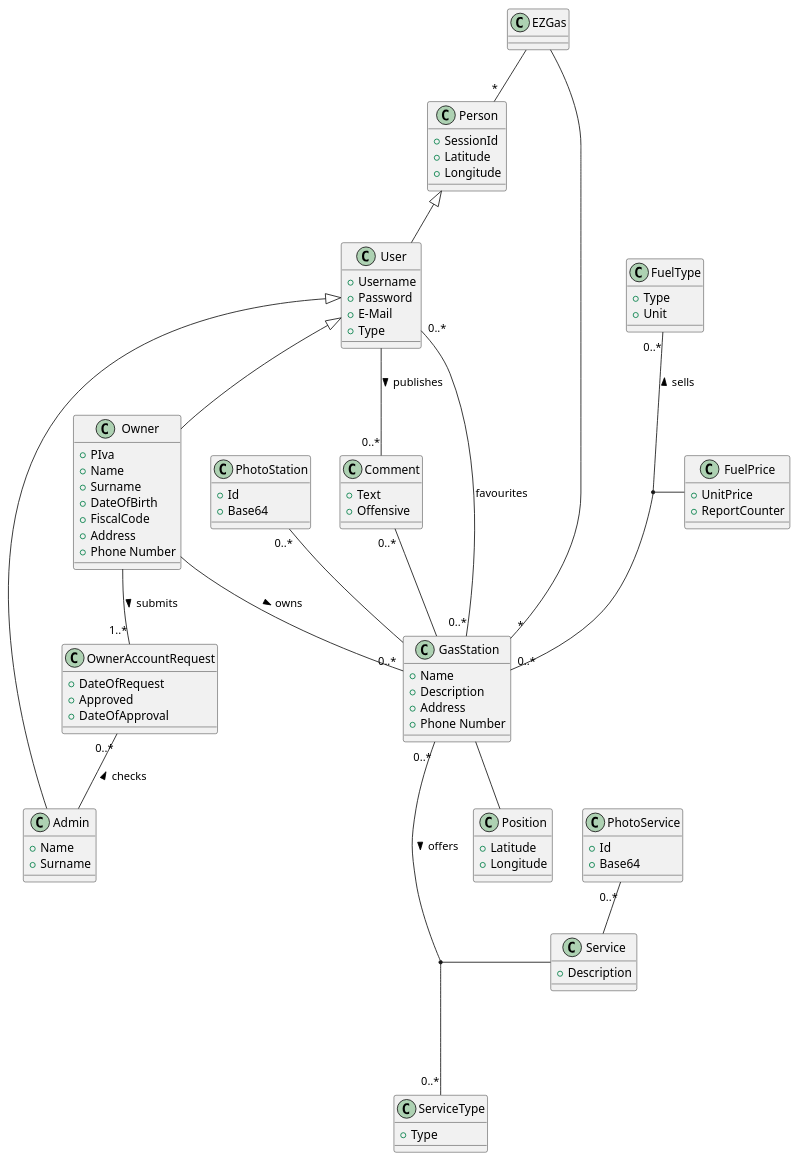
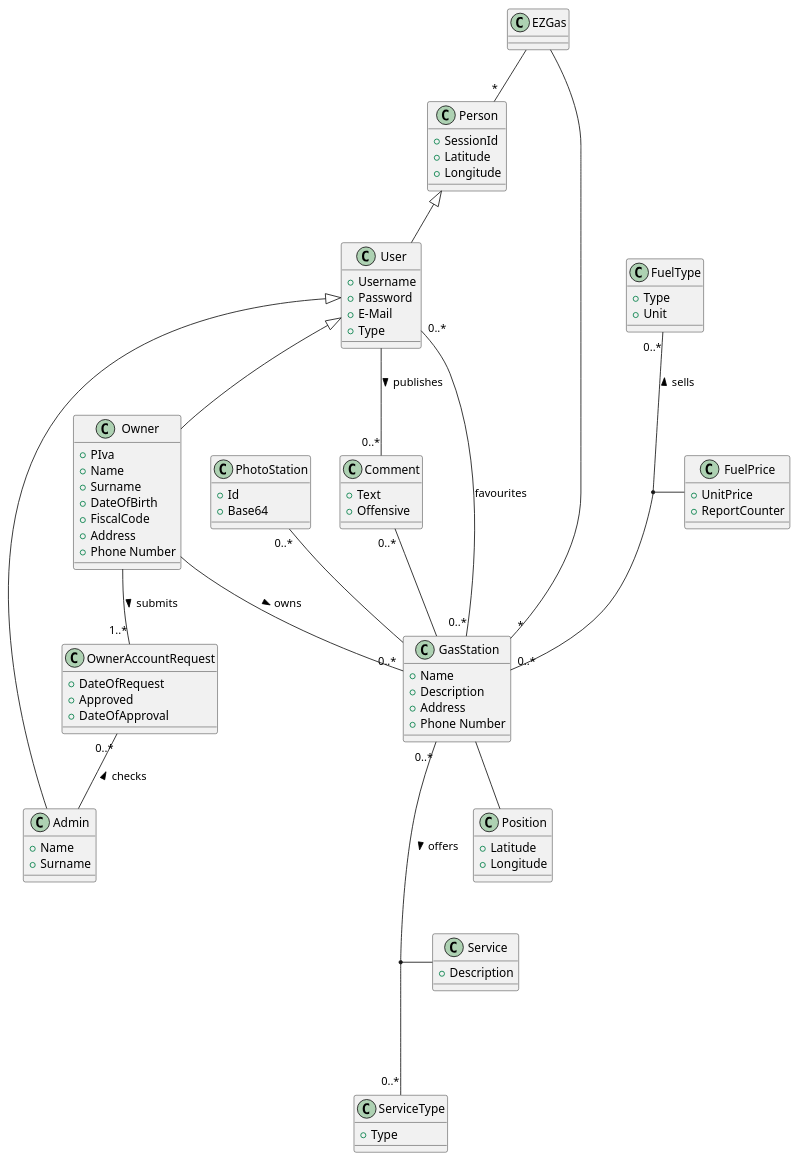
Before and after one commit to polito-se2-2020-team6/ezgas: the third of 5 diagrams in docs/RequirementsDocument.md, drawn with PlantUML. The commit also changed other lines of this file, not shown here.

Commit message:
docs: fix Glossary, Scenarios and Use Cases on docs/RequirementsDocument.md

```diff
--- a/docs/RequirementsDocument.md
+++ b/docs/RequirementsDocument.md
@@ -678,10 +678,6 @@
 	+ Id
 	+ Base64
 }
-class PhotoService {
-	+ Id
-	+ Base64
-}
 class Comment {
 	+ Text
 	+ Offensive
@@ -712,7 +708,6 @@
 (GasStation, FuelType) -- FuelPrice
 
 PhotoStation "0..*" -- GasStation
-PhotoService "0..*" -- Service
 
 User -- "0..*" Comment :"> publishes"
 Comment "0..*" -- GasStation
```
